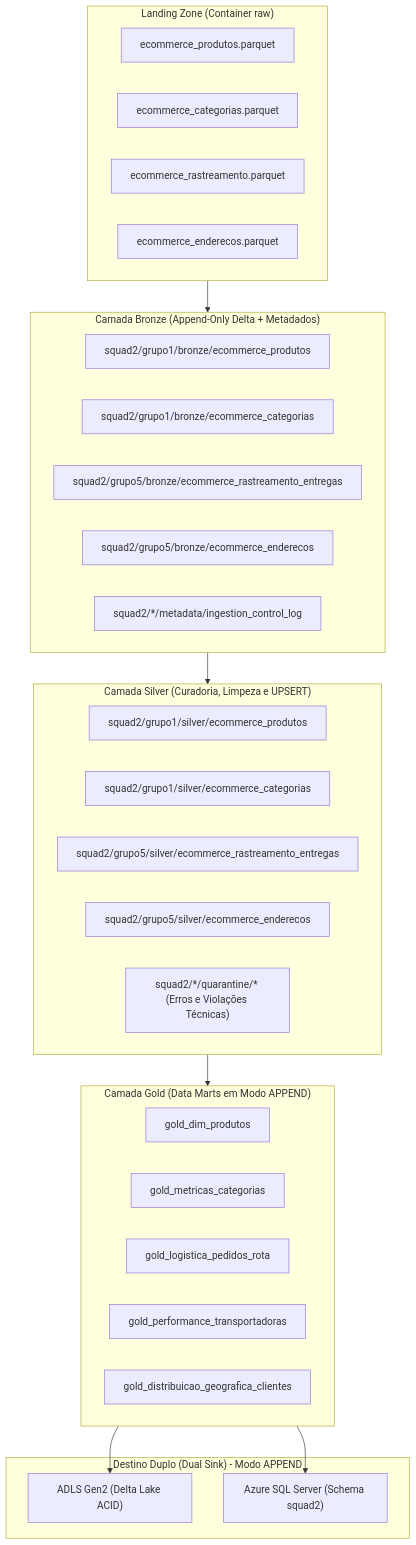
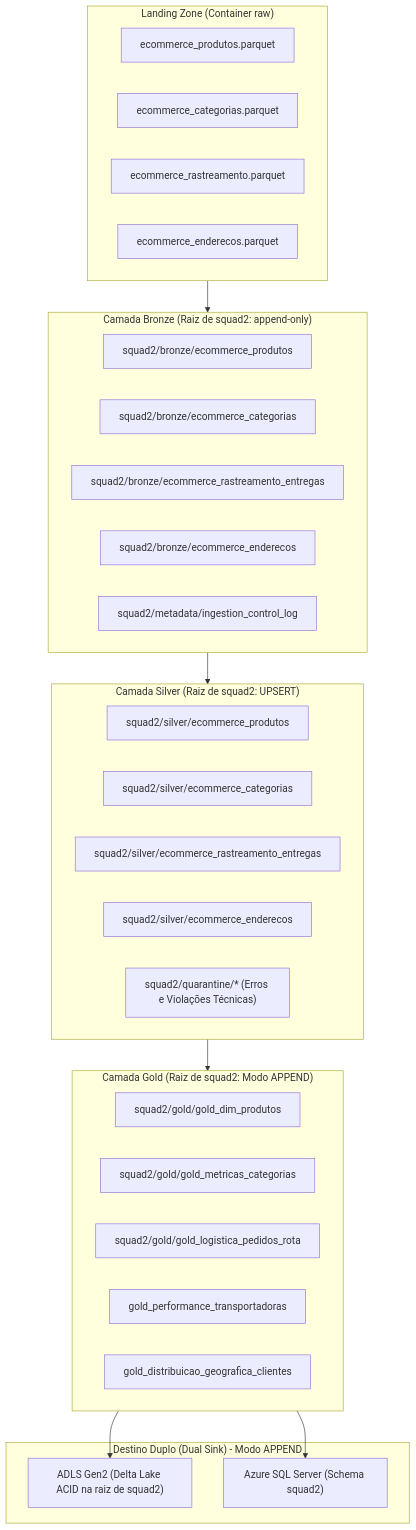
Before and after one commit to GeovanyADCancio/estagio-empregadados-turma-2: the diagram in squad2/README.md, drawn with Mermaid. The commit also changed other lines of this file and 4 other files, not shown here.

Commit message:
refactor(squad2): persistir tabelas delta diretamente na raiz do conteiner squad2 eliminando grupo1 e grupo5

````diff
--- a/squad2/README.md
+++ b/squad2/README.md
@@ -31,44 +33,44 @@
 ```mermaid
 flowchart TD
     subgraph RAW ["Landing Zone (Container raw)"]
         R1["ecommerce_produtos.parquet"]
         R2["ecommerce_categorias.parquet"]
         R3["ecommerce_rastreamento.parquet"]
         R4["ecommerce_enderecos.parquet"]
     end
 
-    subgraph BRONZE ["Camada Bronze (Append-Only Delta + Metadados)"]
-        B1["squad2/grupo1/bronze/ecommerce_produtos"]
-        B2["squad2/grupo1/bronze/ecommerce_categorias"]
-        B3["squad2/grupo5/bronze/ecommerce_rastreamento_entregas"]
-        B4["squad2/grupo5/bronze/ecommerce_enderecos"]
-        B_CTRL["squad2/*/metadata/ingestion_control_log"]
+    subgraph BRONZE ["Camada Bronze (Raiz de squad2: append-only)"]
+        B1["squad2/bronze/ecommerce_produtos"]
+        B2["squad2/bronze/ecommerce_categorias"]
+        B3["squad2/bronze/ecommerce_rastreamento_entregas"]
+        B4["squad2/bronze/ecommerce_enderecos"]
+        B_CTRL["squad2/metadata/ingestion_control_log"]
     end
 
-    subgraph SILVER ["Camada Silver (Curadoria, Limpeza e UPSERT)"]
-        S1["squad2/grupo1/silver/ecommerce_produtos"]
-        S2["squad2/grupo1/silver/ecommerce_categorias"]
-        S3["squad2/grupo5/silver/ecommerce_rastreamento_entregas"]
-        S4["squad2/grupo5/silver/ecommerce_enderecos"]
-        Q["squad2/*/quarantine/* (Erros e Violações Técnicas)"]
+    subgraph SILVER ["Camada Silver (Raiz de squad2: UPSERT)"]
+        S1["squad2/silver/ecommerce_produtos"]
+        S2["squad2/silver/ecommerce_categorias"]
+        S3["squad2/silver/ecommerce_rastreamento_entregas"]
+        S4["squad2/silver/ecommerce_enderecos"]
+        Q["squad2/quarantine/* (Erros e Violações Técnicas)"]
     end
 
-    subgraph GOLD ["Camada Gold (Data Marts em Modo APPEND)"]
-        G1["gold_dim_produtos"]
-        G2["gold_metricas_categorias"]
-        G3["gold_logistica_pedidos_rota"]
+    subgraph GOLD ["Camada Gold (Raiz de squad2: Modo APPEND)"]
+        G1["squad2/gold/gold_dim_produtos"]
+        G2["squad2/gold/gold_metricas_categorias"]
+        G3["squad2/gold/gold_logistica_pedidos_rota"]
         G4["gold_performance_transportadoras"]
         G5["gold_distribuicao_geografica_clientes"]
     end
 
     subgraph DESTINOS ["Destino Duplo (Dual Sink) - Modo APPEND"]
-        D_LAKE["ADLS Gen2 (Delta Lake ACID)"]
+        D_LAKE["ADLS Gen2 (Delta Lake ACID na raiz de squad2)"]
         D_SQL["Azure SQL Server (Schema squad2)"]
     end
 
     RAW --> BRONZE
     BRONZE --> SILVER
     SILVER --> GOLD
     GOLD --> D_LAKE
     GOLD --> D_SQL
 ```
````
